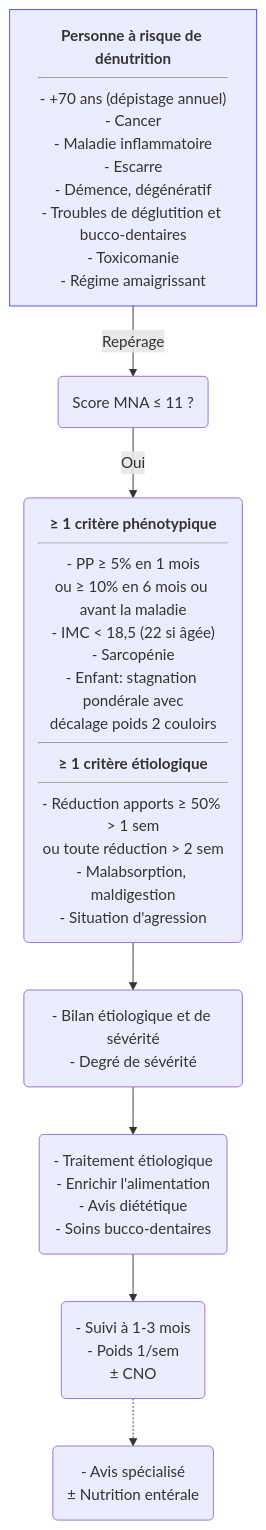
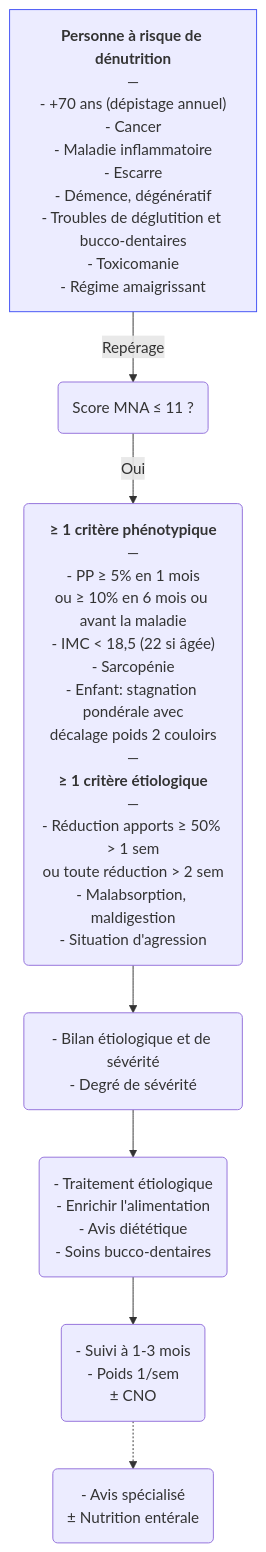
The diagram in content/recommandations/denutrition.md (djibe/recommandations-medicales), drawn with Mermaid before and after one commit. The commit also changed 51 other files, not shown here.

```diff
--- a/content/recommandations/denutrition.md
+++ b/content/recommandations/denutrition.md
@@ -322,12 +322,12 @@
 {{< mermaid title="Prise en charge d'une personne à risque de dénutrition. Dr JB Fron d'après HAS/FFN 2021" >}}
 graph TB
 accTitle:Prise en charge d'une personne à risque de dénutrition d'après HAS et FFN 2021
-  fdr["<b>Personne à risque de dénutrition</b><hr>- +70 ans (dépistage annuel)<br>- Cancer<br>- Maladie inflammatoire<br>- Escarre<br>- Démence, dégénératif<br>- Troubles de déglutition et bucco-dentaires<br>- Toxicomanie<br>- Régime amaigrissant"]
+  fdr["<b>Personne à risque de dénutrition</b><br>—<br>- +70 ans (dépistage annuel)<br>- Cancer<br>- Maladie inflammatoire<br>- Escarre<br>- Démence, dégénératif<br>- Troubles de déglutition et bucco-dentaires<br>- Toxicomanie<br>- Régime amaigrissant"]
   style fdr stroke:#4150f5, stroke-width:1px
     fdr -- Repérage --> MNA("Score MNA ≤ 11 ?")
-      MNA -- Oui --> criteres("<b>≥ 1 critère phénotypique</b><hr>- PP ≥ 5% en 1 mois<br>ou ≥ 10% en 6 mois ou avant la maladie<br>- IMC &lt; 18,5 (22 si âgée)<br>- Sarcopénie<br>- Enfant: stagnation pondérale avec<br>décalage poids 2 couloirs<hr><b>≥ 1 critère étiologique</b><hr>- Réduction apports ≥ 50% &gt; 1 sem<br>ou toute réduction &gt; 2 sem<br>- Malabsorption, maldigestion<br>- Situation d'agression")
+      MNA -- Oui --> criteres("<b>≥ 1 critère phénotypique</b><br>—<br>- PP ≥ 5% en 1 mois<br>ou ≥ 10% en 6 mois ou avant la maladie<br>- IMC &lt; 18,5 (22 si âgée)<br>- Sarcopénie<br>- Enfant: stagnation pondérale avec<br>décalage poids 2 couloirs<br>—<br><b>≥ 1 critère étiologique</b><br>—<br>- Réduction apports ≥ 50% &gt; 1 sem<br>ou toute réduction &gt; 2 sem<br>- Malabsorption, maldigestion<br>- Situation d'agression")
         criteres --> bilan("- Bilan étiologique et de sévérité<br>- Degré de sévérité")
           bilan --> traitement("- Traitement étiologique<br>- Enrichir l'alimentation<br>- Avis diététique<br>- Soins bucco-dentaires")
             traitement --> surveillance("- Suivi à 1-3 mois<br>- Poids 1/sem<br>&plusmn; CNO")
               surveillance -.-> ent("- Avis spécialisé<br>&plusmn; Nutrition entérale")
 {{< /mermaid >}}
```
